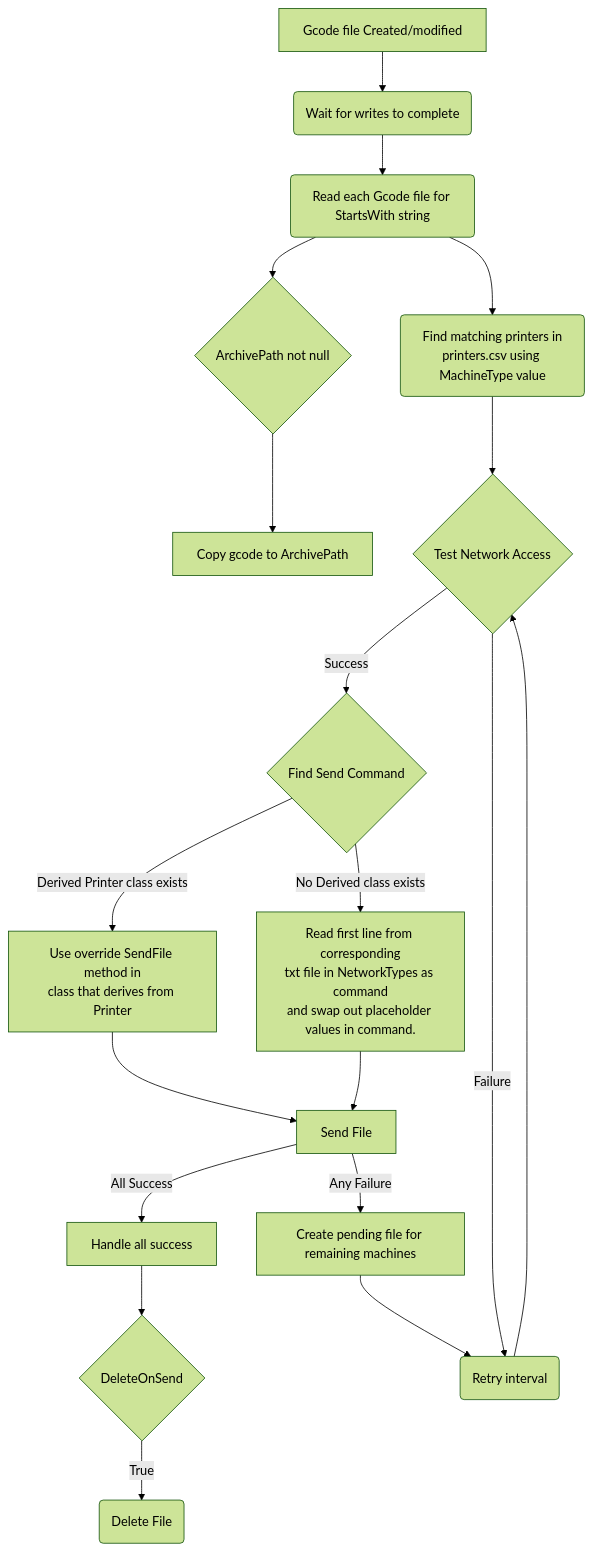
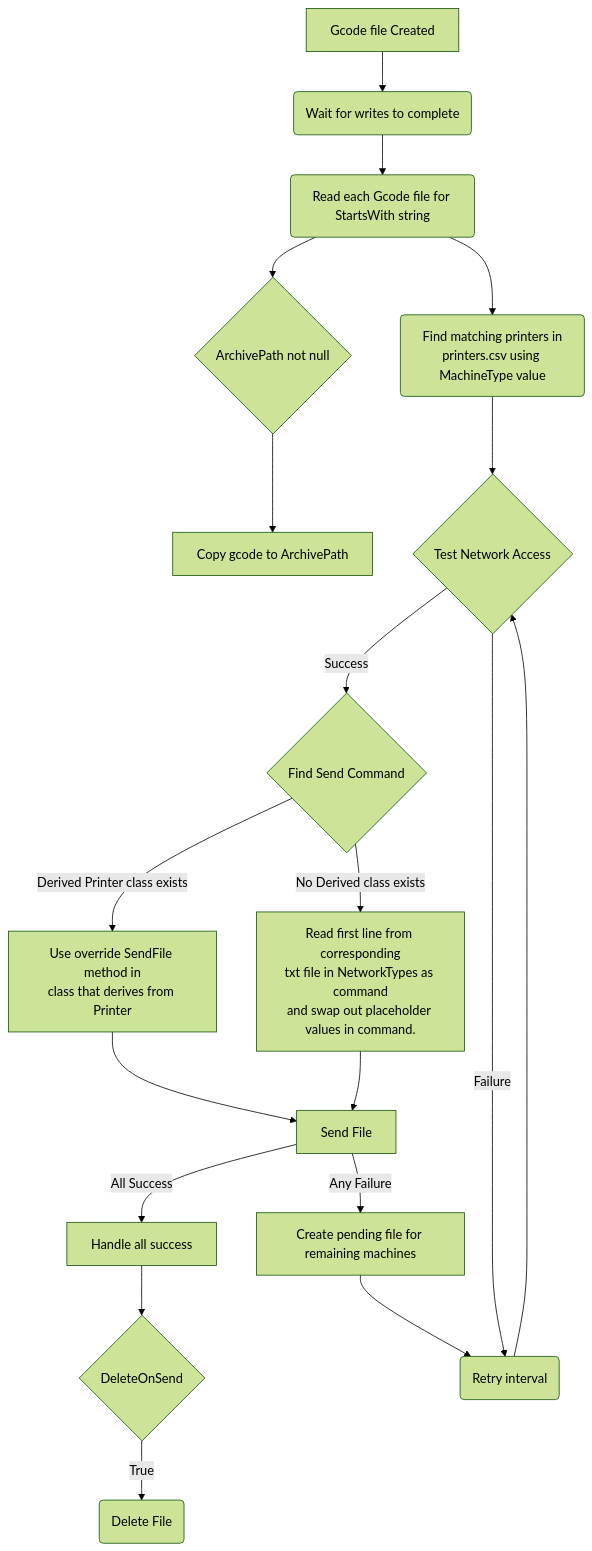
Before and after one commit to tophattwaffle/PrintFileManager: the diagram in README.md, drawn with Mermaid (forest theme). The commit also changed other lines of this file, not shown here.

Commit message:
Update flow description in README.md

````diff
--- a/README.md
+++ b/README.md
@@ -96,16 +96,16 @@
 ```mermaid
 flowchart TD
-A[Gcode file Created/modified] --> B(Wait for writes to complete)
+A[Gcode file Created] --> B(Wait for writes to complete)
 B --> C(Read each Gcode file for StartsWith string) --> AC{ArchivePath not null} --> AD[Copy gcode to ArchivePath]
 C --> D(Find matching printers in<br>printers.csv using MachineType value)
 D --> E{Test Network Access}
 E --> |Success| F{Find Send Command}
 E --> |Failure| W
 F --> |Derived Printer class exists| G[Use override SendFile method in<br>class that derives from Printer]
 F --> |No Derived class exists| H[Read first line from corresponding<br>txt file in NetworkTypes as command<br>and swap out placeholder values in command.]
 H --> Z[Send File]
 G --> Z
 Z --> |All Success| Y[Handle all success] --> AA{DeleteOnSend} --> |True| AB(Delete File)
 Z --> |Any Failure| X[Create pending file for remaining machines]
 X --> W(Retry interval) --> E
 ```
````
